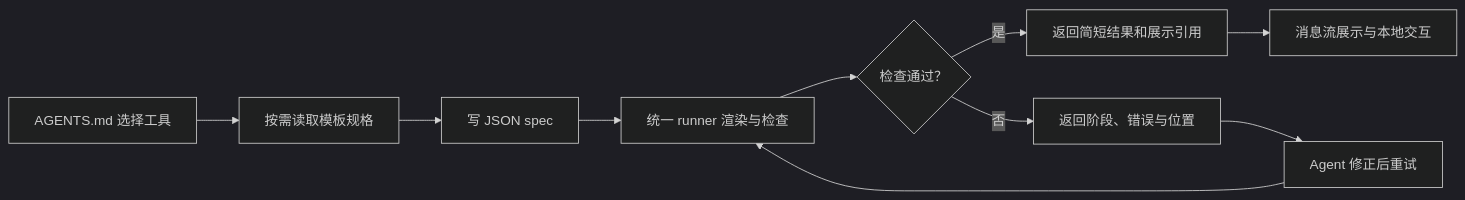
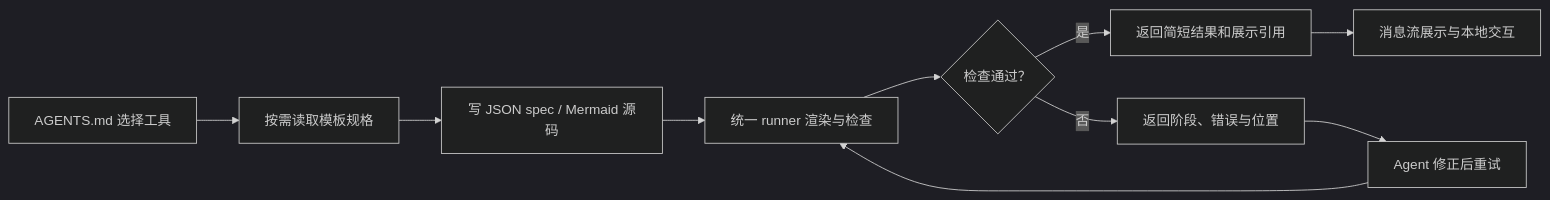
One commit to Vontean/Codex-VT-Quick-Visualize changed the diagram in README.md. Above: the diagram before and after it, drawn with Mermaid (dark theme). The commit also changed other lines of this file and 32 other files, not shown here.

Commit message:
Add Mermaid diagram rendering

````diff
--- a/README.md
+++ b/README.md
@@ -35,12 +44,12 @@
 ```mermaid
 flowchart LR
     A["AGENTS.md 选择工具"] --> B["按需读取模板规格"]
-    B --> C["写 JSON spec"]
+    B --> C["写 JSON spec / Mermaid 源码"]
     C --> D["统一 runner 渲染与检查"]
     D --> E{"检查通过？"}
     E -->|"是"| F["返回简短结果和展示引用"]
     E -->|"否"| G["返回阶段、错误与位置"]
     G --> H["Agent 修正后重试"]
     H --> D
     F --> I["消息流展示与本地交互"]
 ```
````
